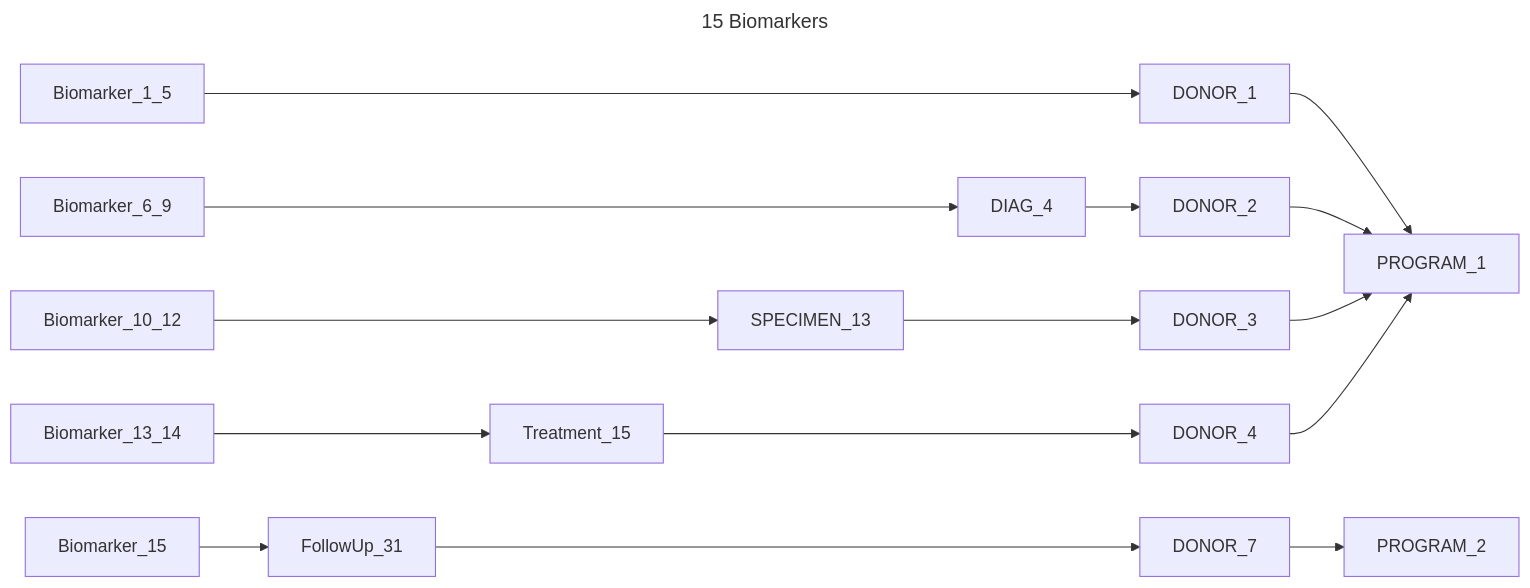
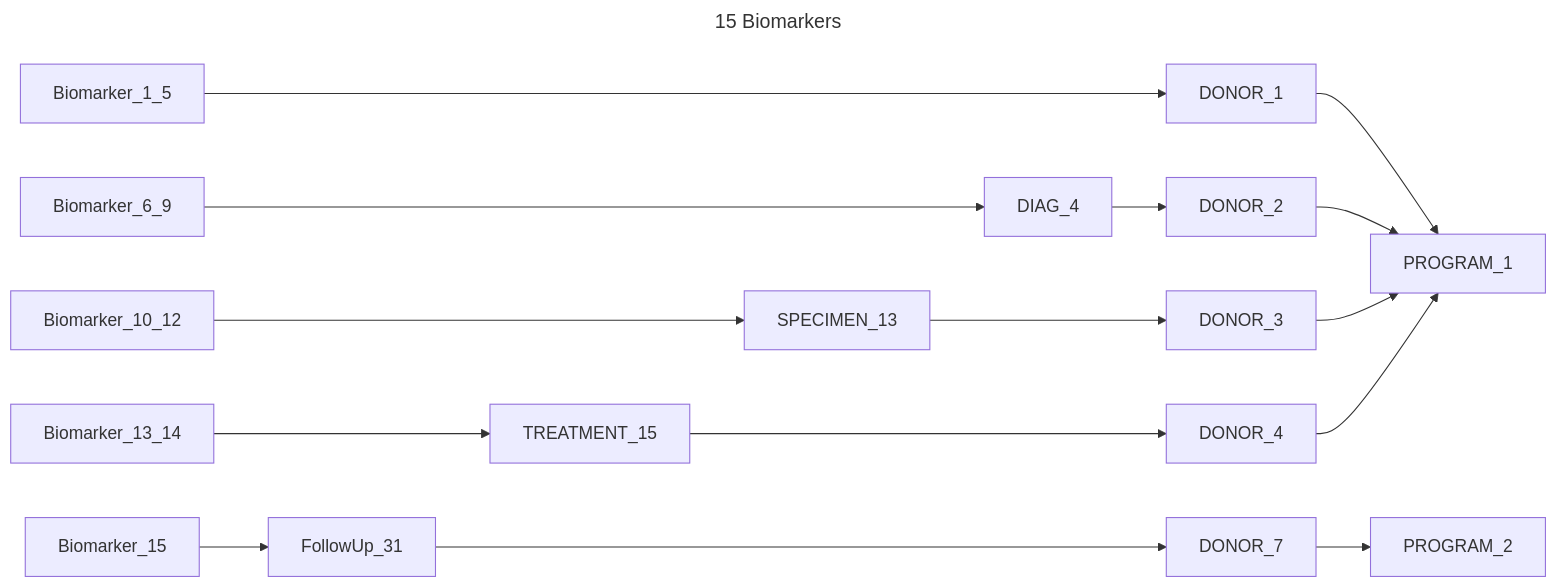
Diagram 12 of 14 in chord_metadata_service/mohpackets/data/small_dataset/README.md (CanDIG/katsu), drawn with Mermaid before and after one commit. The commit also changed other lines of this file and 2 other files, not shown here.

Commit message:
check graphs

````diff
--- a/chord_metadata_service/mohpackets/data/small_dataset/README.md
+++ b/chord_metadata_service/mohpackets/data/small_dataset/README.md
@@ -200,11 +200,11 @@
 ```mermaid
 ---
 title: 15 Biomarkers
 ---
 graph LR;  
   Biomarker_1_5 ------> DONOR_1 --> PROGRAM_1;
   Biomarker_6_9 -----> DIAG_4 --> DONOR_2 --> PROGRAM_1;
   Biomarker_10_12 ----> SPECIMEN_13 ---> DONOR_3 --> PROGRAM_1;
-  Biomarker_13_14 ---> Treatment_15 ----> DONOR_4 --> PROGRAM_1;
+  Biomarker_13_14 ---> TREATMENT_15 ----> DONOR_4 --> PROGRAM_1;
   Biomarker_15 --> FollowUp_31 -----> DONOR_7 --> PROGRAM_2;
 ```
````
